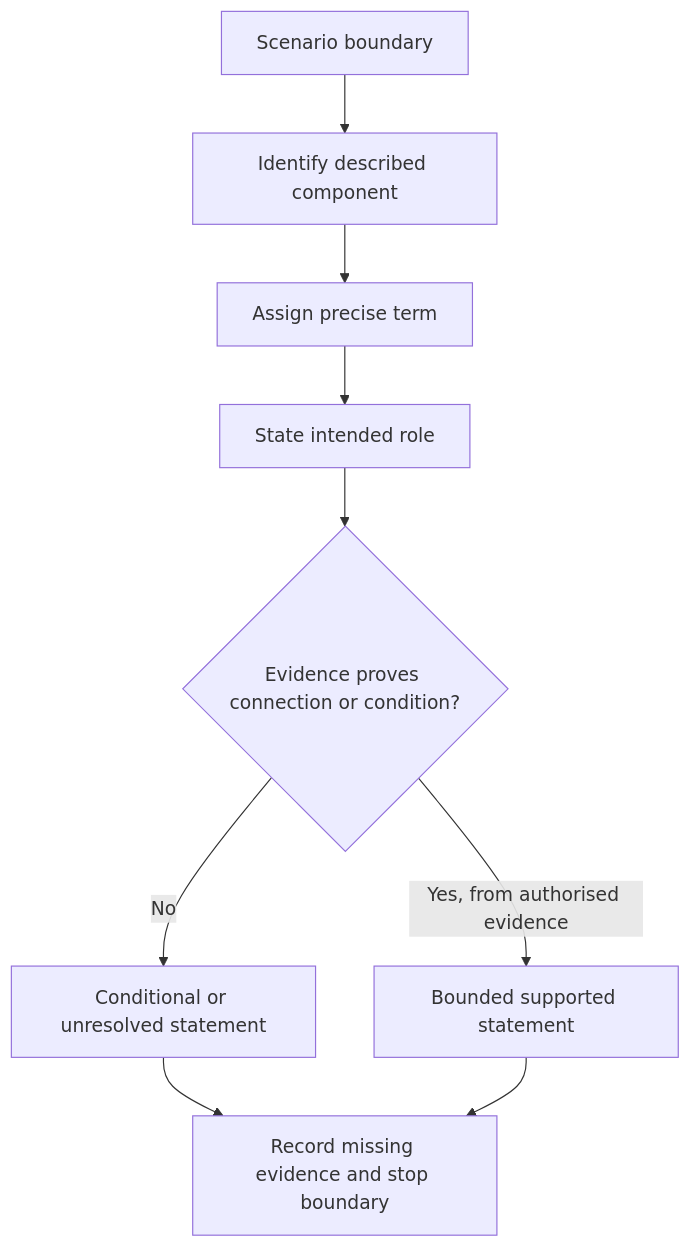
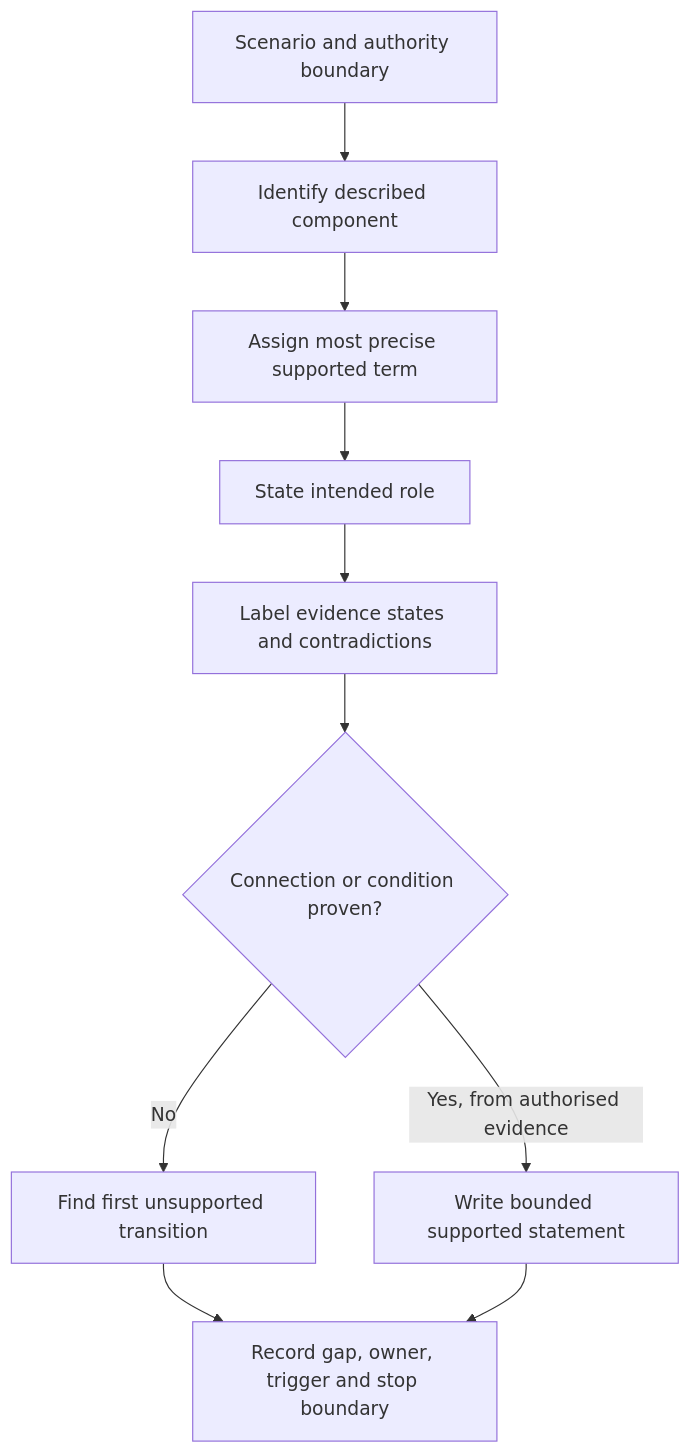
One commit to andrew3stedall/capstone changed the first of 2 diagrams in docs/learning-plans/12-week/modules/day-15-earthing-terminology-and-component-roles.md. Above: the diagram before and after it, drawn with Mermaid. The commit also changed other lines of this file, not shown here.

````diff
--- a/docs/learning-plans/12-week/modules/day-15-earthing-terminology-and-component-roles.md
+++ b/docs/learning-plans/12-week/modules/day-15-earthing-terminology-and-component-roles.md
@@ -100,11 +112,12 @@
 ```mermaid
 flowchart TD
-    A["Scenario boundary"] --> B["Identify described component"]
-    B --> C["Assign precise term"]
+    A["Scenario and authority boundary"] --> B["Identify described component"]
+    B --> C["Assign most precise supported term"]
     C --> D["State intended role"]
-    D --> E{"Evidence proves connection or condition?"}
-    E -->|"No"| F["Conditional or unresolved statement"]
-    E -->|"Yes, from authorised evidence"| G["Bounded supported statement"]
-    F --> H["Record missing evidence and stop boundary"]
-    G --> H
+    D --> E["Label evidence states and contradictions"]
+    E --> F{"Connection or condition proven?"}
+    F -->|"No"| G["Find first unsupported transition"]
+    F -->|"Yes, from authorised evidence"| H["Write bounded supported statement"]
+    G --> I["Record gap, owner, trigger and stop boundary"]
+    H --> I
 ```
````
